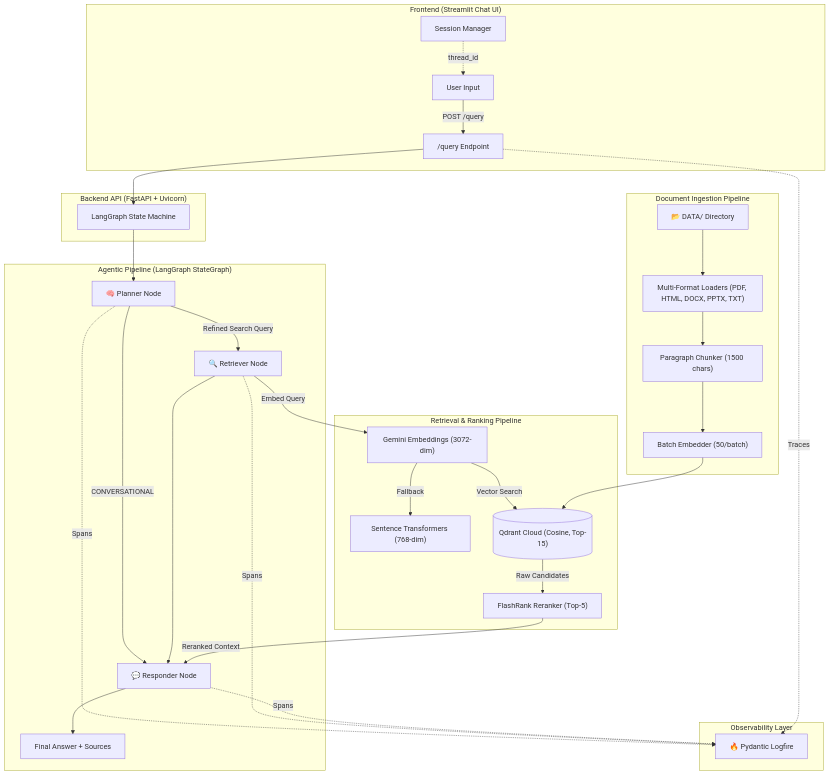
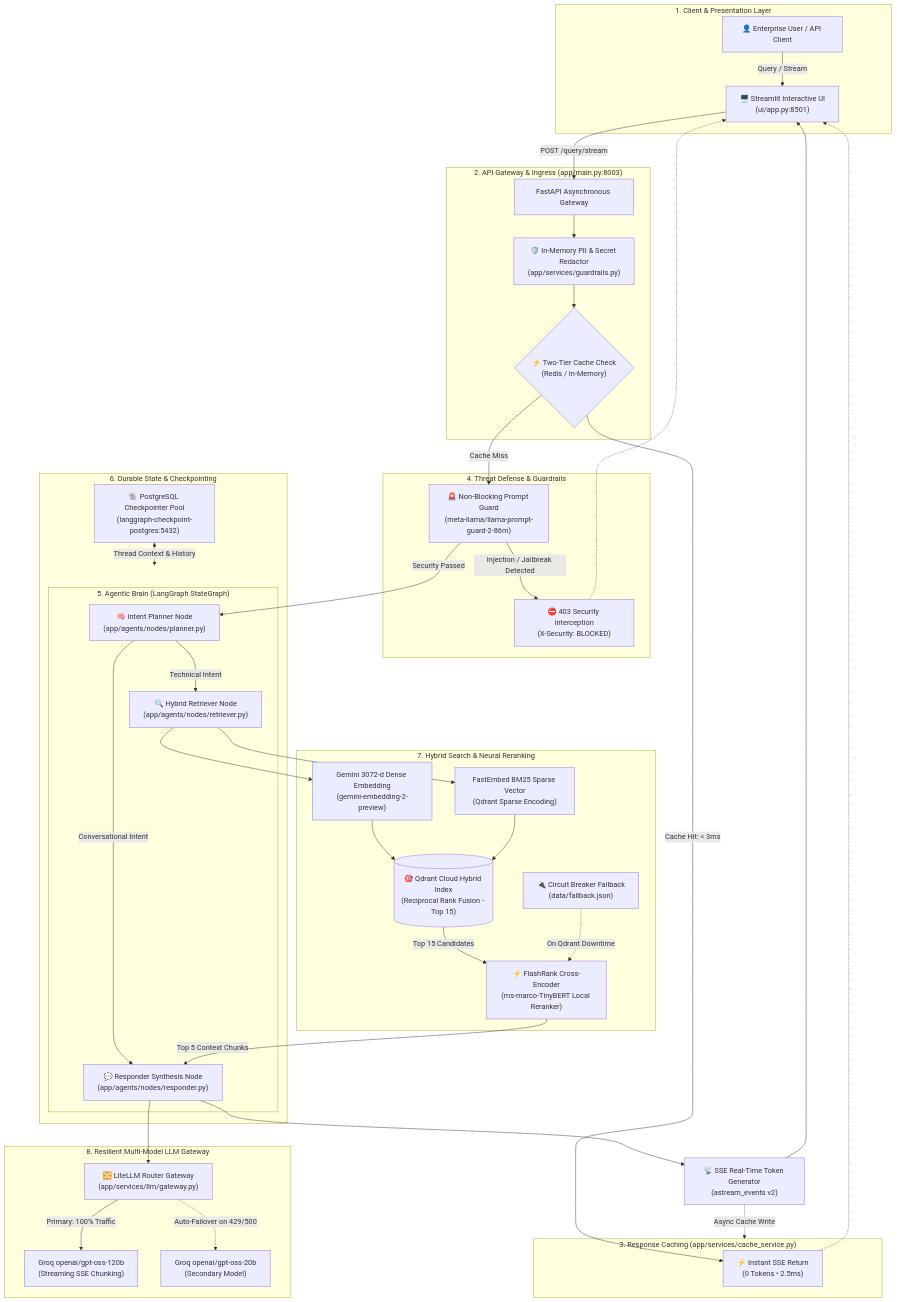
The first of 2 diagrams in README.md (Kamal-kishor1/Enterprise-agentic-rag), drawn with Mermaid before and after one commit. The commit also changed other lines of this file, not shown here.

Commit message:
docs: overhaul architecture documentation with end-to-end Mermaid diagrams, benchmarks, and microservice topology

````diff
--- a/README.md
+++ b/README.md
@@ -56,42 +21,61 @@
 ```mermaid
 flowchart TD
-    subgraph UI ["Frontend (Streamlit Chat UI)"]
-        U[User Input] -->|POST /query| API
-        U2[Session Manager] -.->|thread_id| U
+    subgraph ClientLayer ["1. Client & Presentation Layer"]
+        User["👤 Enterprise User / API Client"]
+        StreamlitUI["🖥️ Streamlit Interactive UI\n(ui/app.py:8501)"]
+        User -->|Query / Stream| StreamlitUI
     end
 
-    subgraph Backend ["Backend API (FastAPI + Uvicorn)"]
-        API["/query Endpoint"] --> G["LangGraph State Machine"]
+    subgraph IngressLayer ["2. API Gateway & Ingress (app/main.py:8003)"]
+        StreamlitUI -->|POST /query/stream| FastAPI["FastAPI Asynchronous Gateway"]
+        
+        FastAPI --> PII["🛡️ In-Memory PII & Secret Redactor\n(app/services/guardrails.py)"]
+        PII --> CacheCheck{"⚡ Two-Tier Cache Check\n(Redis / In-Memory)"}
     end
 
-    subgraph Agent ["Agentic Pipeline (LangGraph StateGraph)"]
-        G --> P["🧠 Planner Node"]
-        P -->|"CONVERSATIONAL"| R2["💬 Responder Node"]
-        P -->|"Refined Search Query"| RET["🔍 Retriever Node"]
-        RET --> R2
-        R2 --> OUT["Final Answer + Sources"]
+    subgraph CacheTier ["3. Response Caching (app/services/cache_service.py)"]
+        CacheCheck -->|Cache Hit: < 3ms| InstantStream["⚡ Instant SSE Return\n(0 Tokens • 2.5ms)"]
+        InstantStream -.-> StreamlitUI
     end
 
-    subgraph Retrieval ["Retrieval & Ranking Pipeline"]
-        RET -->|Embed Query| EMB["Gemini Embeddings (3072-dim)"]
-        EMB -->|Fallback| FB["Sentence Transformers (768-dim)"]
-        EMB -->|Vector Search| QD[("Qdrant Cloud (Cosine, Top-15)")]
-        QD -->|Raw Candidates| FR["FlashRank Reranker (Top-5)"]
-        FR -->|Reranked Context| R2
+    subgraph SecurityTier ["4. Threat Defense & Guardrails"]
+        CacheCheck -->|Cache Miss| PromptGuard["🚨 Non-Blocking Prompt Guard\n(meta-llama/llama-prompt-guard-2-86m)"]
+        PromptGuard -->|Injection / Jailbreak Detected| BlockResponse["⛔ 403 Security Interception\n(X-Security: BLOCKED)"]
+        BlockResponse -.-> StreamlitUI
     end
 
-    subgraph Ingestion ["Document Ingestion Pipeline"]
-        DATA["📂 DATA/ Directory"] --> LOAD["Multi-Format Loaders (PDF, HTML, DOCX, PPTX, TXT)"]
-        LOAD --> CHUNK["Paragraph Chunker (1500 chars)"]
-        CHUNK --> EMBED["Batch Embedder (50/batch)"]
-        EMBED --> QD
+    subgraph AgenticCore ["5. Agentic Brain (LangGraph StateGraph)"]
+        PromptGuard -->|Security Passed| PlannerNode["🧠 Intent Planner Node\n(app/agents/nodes/planner.py)"]
+        
+        PlannerNode -->|Conversational Intent| ResponderNode["💬 Responder Synthesis Node\n(app/agents/nodes/responder.py)"]
+        PlannerNode -->|Technical Intent| RetrieverNode["🔍 Hybrid Retriever Node\n(app/agents/nodes/retriever.py)"]
     end
 
-    subgraph Observability ["Observability Layer"]
-        LF["🔥 Pydantic Logfire"]
-        API -.->|Traces| LF
-        P -.->|Spans| LF
-        RET -.->|Spans| LF
-        R2 -.->|Spans| LF
+    subgraph MemoryTier ["6. Durable State & Checkpointing"]
+        Checkpointer["🐘 PostgreSQL Checkpointer Pool\n(langgraph-checkpoint-postgres:5432)"]
+        Checkpointer <-->|Thread Context & History| AgenticCore
     end
+
+    subgraph RetrievalEngine ["7. Hybrid Search & Neural Reranking"]
+        RetrieverNode --> Dense["Gemini 3072-d Dense Embedding\n(gemini-embedding-2-preview)"]
+        RetrieverNode --> Sparse["FastEmbed BM25 Sparse Vector\n(Qdrant Sparse Encoding)"]
+        
+        Dense --> QdrantRRF[("🎯 Qdrant Cloud Hybrid Index\n(Reciprocal Rank Fusion - Top 15)")]
+        Sparse --> QdrantRRF
+        
+        QdrantRRF -->|Top 15 Candidates| CrossEncoder["⚡ FlashRank Cross-Encoder\n(ms-marco-TinyBERT Local Reranker)"]
+        CrossEncoder -->|Top 5 Context Chunks| ResponderNode
+        
+        CircuitBreaker["🔌 Circuit Breaker Fallback\n(data/fallback.json)"] -.->|On Qdrant Downtime| CrossEncoder
+    end
+
+    subgraph LLMGateway ["8. Resilient Multi-Model LLM Gateway"]
+        ResponderNode --> GatewayRouter["🔀 LiteLLM Router Gateway\n(app/services/llm/gateway.py)"]
+        GatewayRouter -->|Primary: 100% Traffic| PrimaryLLM["Groq openai/gpt-oss-120b\n(Streaming SSE Chunking)"]
+        GatewayRouter -.->|Auto-Failover on 429/500| FallbackLLM["Groq openai/gpt-oss-20b\n(Secondary Model)"]
+    end
+
+    ResponderNode --> SSETokenStream["📡 SSE Real-Time Token Generator\n(astream_events v2)"]
+    SSETokenStream --> StreamlitUI
+    SSETokenStream -.->|Async Cache Write| CacheTier
 ```
````
